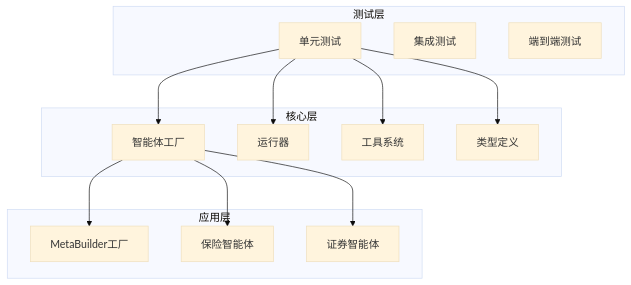
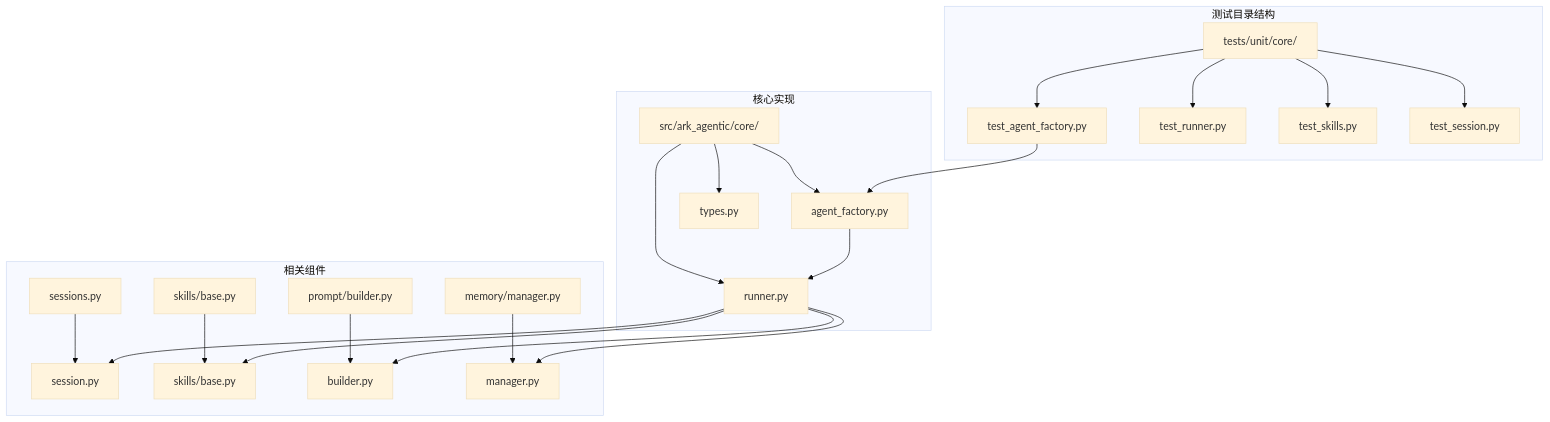
The first of 14 diagrams in repowiki/zh/content/测试策略/单元测试/智能体工厂单元测试.md (YU-JI-KUI/ark-agentic), drawn with Mermaid (base theme) before and after one commit. The commit also changed other lines of this file and 23 other files, not shown here.

````diff
--- a/repowiki/zh/content/测试策略/单元测试/智能体工厂单元测试.md
+++ b/repowiki/zh/content/测试策略/单元测试/智能体工厂单元测试.md
@@ -39,26 +36,26 @@
 ```mermaid
 graph TB
-subgraph "测试层"
-T1[单元测试]
-T2[集成测试]
-T3[端到端测试]
+subgraph "测试目录结构"
+A[tests/unit/core/] --> B[test_agent_factory.py]
+A --> C[test_runner.py]
+A --> D[test_skills.py]
+A --> E[test_session.py]
 end
-subgraph "核心层"
-C1[智能体工厂]
-C2[运行器]
-C3[工具系统]
-C4[类型定义]
+subgraph "核心实现"
+F[src/ark_agentic/core/] --> G[agent_factory.py]
+F --> H[runner.py]
+F --> I[types.py]
 end
-subgraph "应用层"
-A1[MetaBuilder工厂]
-A2[保险智能体]
-A3[证券智能体]
+subgraph "相关组件"
+J[sessions.py] --> K[session.py]
+L[skills/base.py] --> M[skills/base.py]
+N[prompt/builder.py] --> O[builder.py]
+P[memory/manager.py] --> Q[manager.py]
 end
-T1 --> C1
-T1 --> C2
-T1 --> C3
-T1 --> C4
-C1 --> A1
-C1 --> A2
-C1 --> A3
+B --> G
+G --> H
+H --> K
+H --> M
+H --> O
+H --> Q
 ```
````
